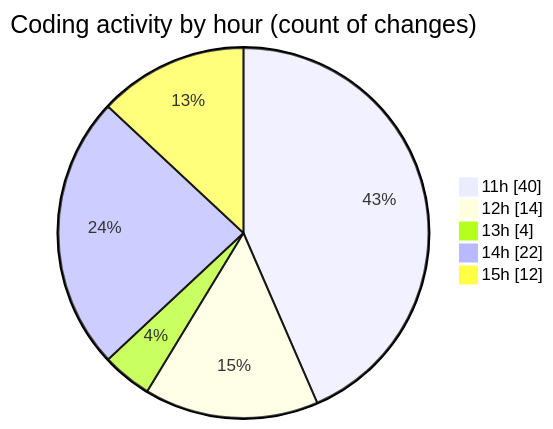
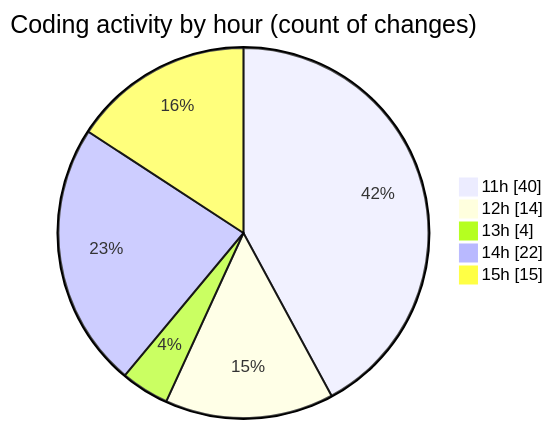
Before and after one commit to momahboobian/code-tracking: the second of 2 diagrams in 2026-03-27/cda/README.md, drawn with Mermaid. The commit also changed other lines of this file and 1 other file, not shown here.

````diff
--- a/2026-03-27/cda/README.md
+++ b/2026-03-27/cda/README.md
@@ -50,9 +50,9 @@
 ```mermaid
 pie showData
 title Coding activity by hour (count of changes)
 "11h" : 40
 "12h" : 14
 "13h" : 4
 "14h" : 22
-"15h" : 12
+"15h" : 15
 ```
````
